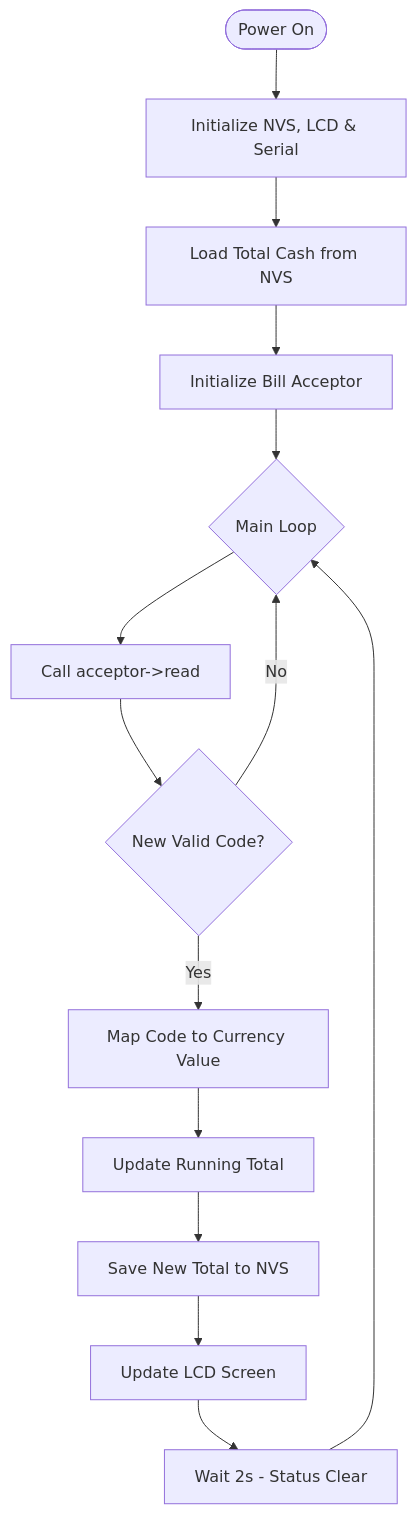
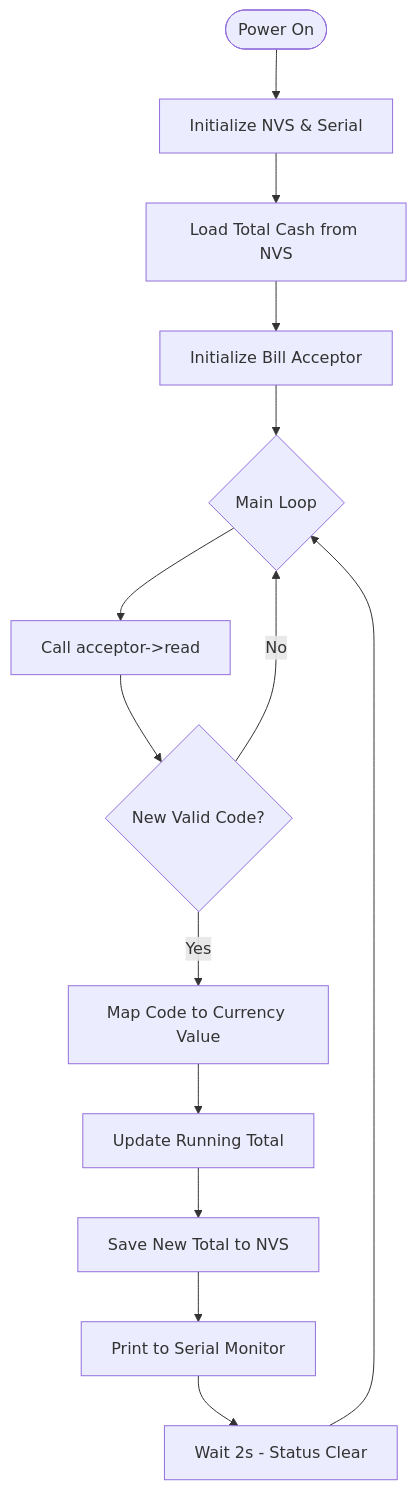
One commit to Probots-Electronics/ESP32-Pulse-RS232-Bill-Acceptor-Driver changed the second of 2 diagrams in docs/ARCHITECTURE.md. Above: the diagram before and after it, drawn with Mermaid. The commit also changed other lines of this file and 3 other files, not shown here.

````diff
--- a/docs/ARCHITECTURE.md
+++ b/docs/ARCHITECTURE.md
@@ -39,19 +37,19 @@
 ```mermaid
 flowchart TD
-    Start([Power On]) --> Init[Initialize NVS, LCD & Serial]
+    Start([Power On]) --> Init[Initialize NVS & Serial]
     Init --> Load[Load Total Cash from NVS]
     Load --> SetupBA[Initialize Bill Acceptor]
     SetupBA --> Loop{Main Loop}
     
     Loop --> Poll[Call acceptor->read]
     Poll --> NewCode{New Valid Code?}
     
     NewCode -- No --> Loop
     NewCode -- Yes --> Map[Map Code to Currency Value]
     
     Map --> UpdateTotal[Update Running Total]
     UpdateTotal --> Store[Save New Total to NVS]
-    Store --> Display[Update LCD Screen]
-    Display --> Delay[Wait 2s - Status Clear]
+    Store --> Log[Print to Serial Monitor]
+    Log --> Delay[Wait 2s - Status Clear]
     Delay --> Loop
 ```
````
